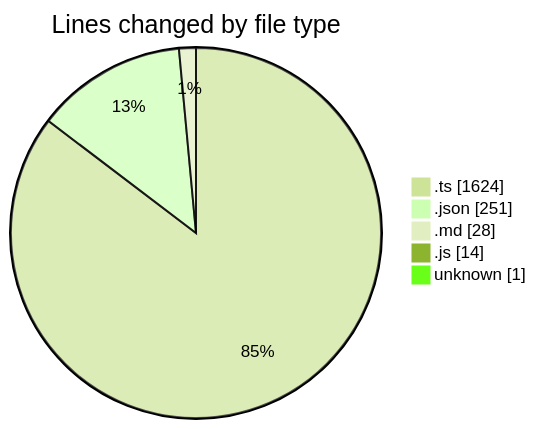
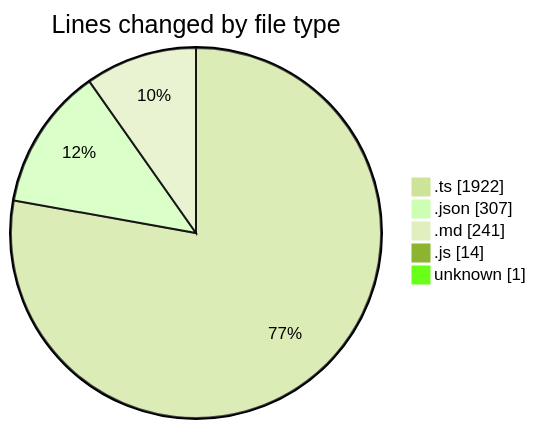
The first of 2 diagrams in 2025-01-03/my-code-activity-ext/README.md (ernivani/code-tracking), drawn with Mermaid (forest theme) before and after one commit. The commit also changed other lines of this file and 6 other files, not shown here.

````diff
--- a/2025-01-03/my-code-activity-ext/README.md
+++ b/2025-01-03/my-code-activity-ext/README.md
@@ -32,9 +33,9 @@
 ```mermaid
 pie showData
 title Lines changed by file type
-".ts" : 1624
-".json" : 251
-".md" : 28
+".ts" : 1922
+".json" : 307
+".md" : 241
 ".js" : 14
 "unknown" : 1
 ```
````
